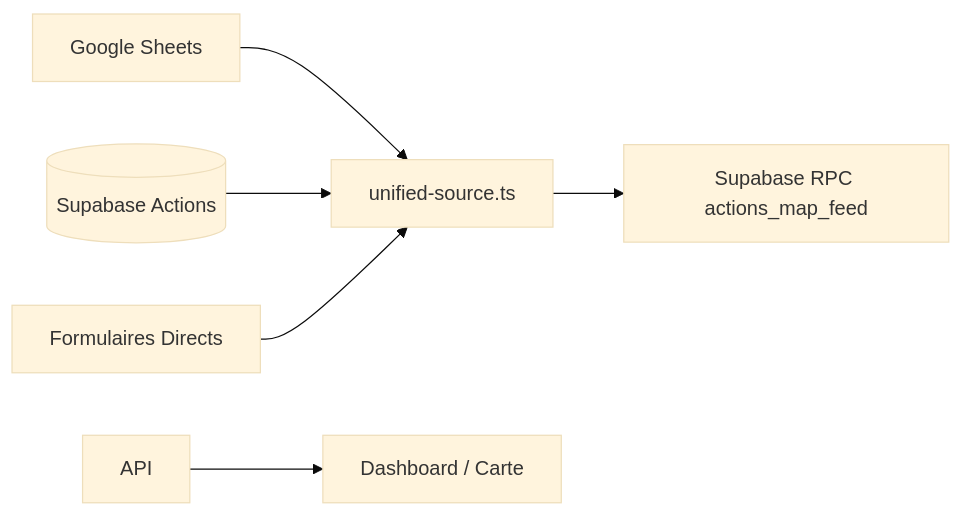
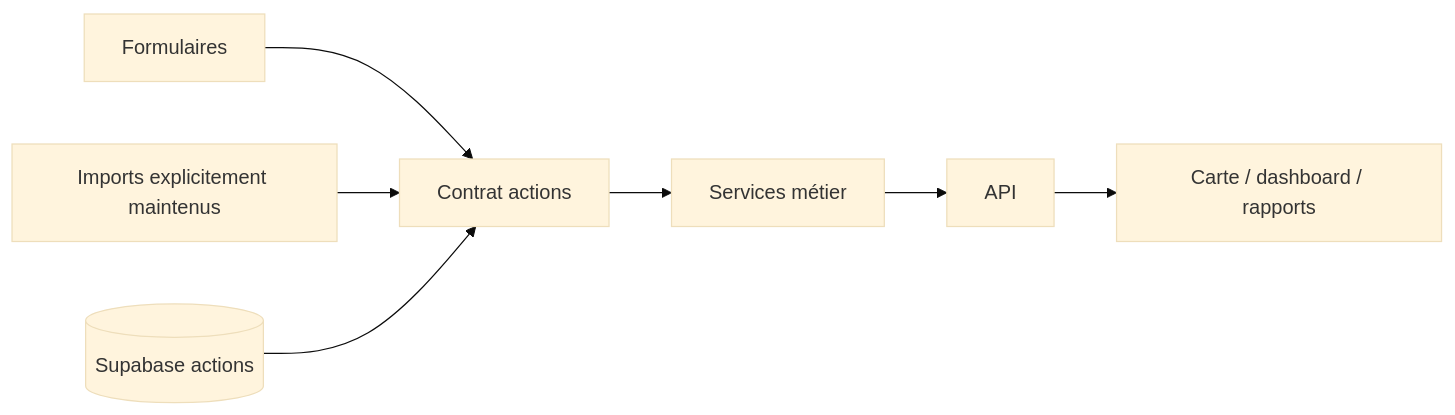
The second of 3 diagrams in documentation/architecture/master-architecture.md (maxd4/CleanmyMap), drawn with Mermaid (base theme) before and after one commit. The commit also changed other lines of this file and 58 other files, not shown here.

````diff
--- a/documentation/architecture/master-architecture.md
+++ b/documentation/architecture/master-architecture.md
@@ -55,9 +168,9 @@
 ```mermaid
 flowchart LR
-    G_SHEETS[Google Sheets] --> UNIFIED[unified-source.ts]
-    DB_PROPER[(Supabase Actions)] --> UNIFIED
-    FORM[Formulaires Directs] --> UNIFIED
-    
-    UNIFIED --> RPC[Supabase RPC actions_map_feed]
-    API --> UI[Dashboard / Carte]
+  FORM[Formulaires] --> CONTRACT[Contrat actions]
+  IMPORT[Imports explicitement maintenus] --> CONTRACT
+  DB[(Supabase actions)] --> CONTRACT
+  CONTRACT --> SERVICES[Services métier]
+  SERVICES --> API[API]
+  API --> UI[Carte / dashboard / rapports]
 ```
````
